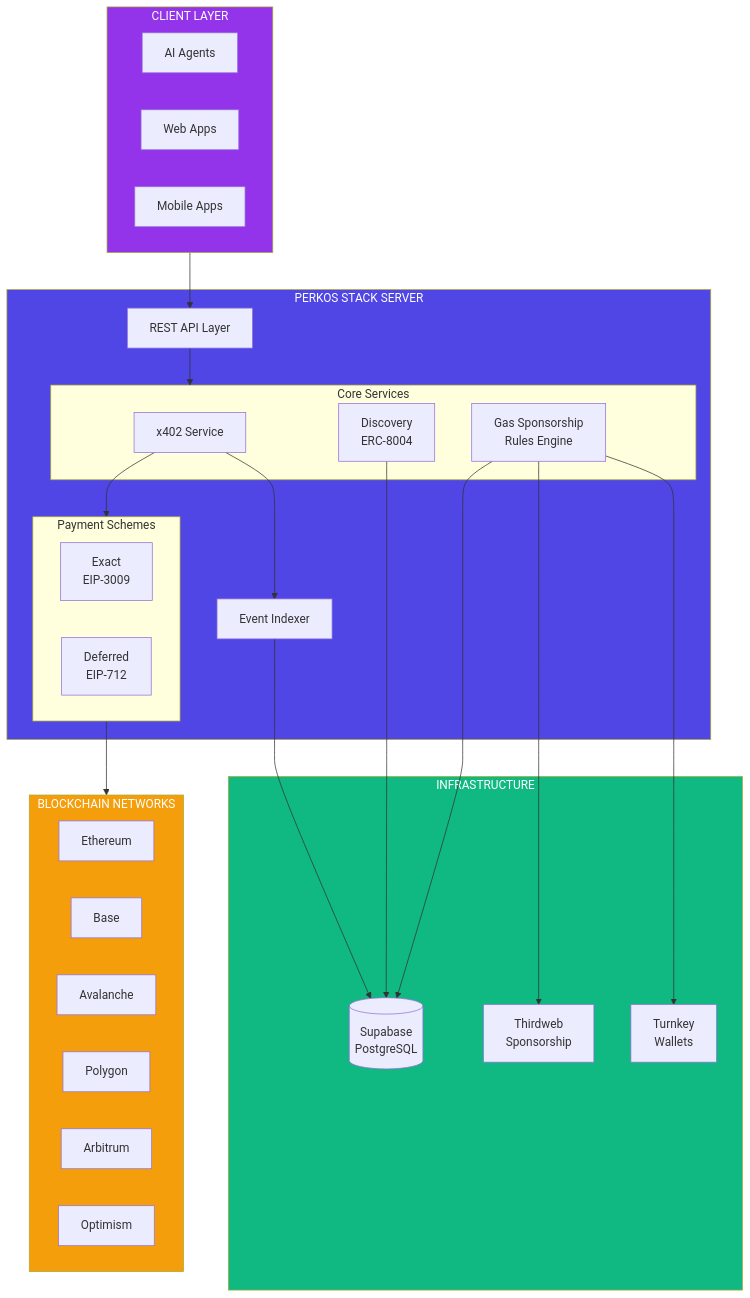
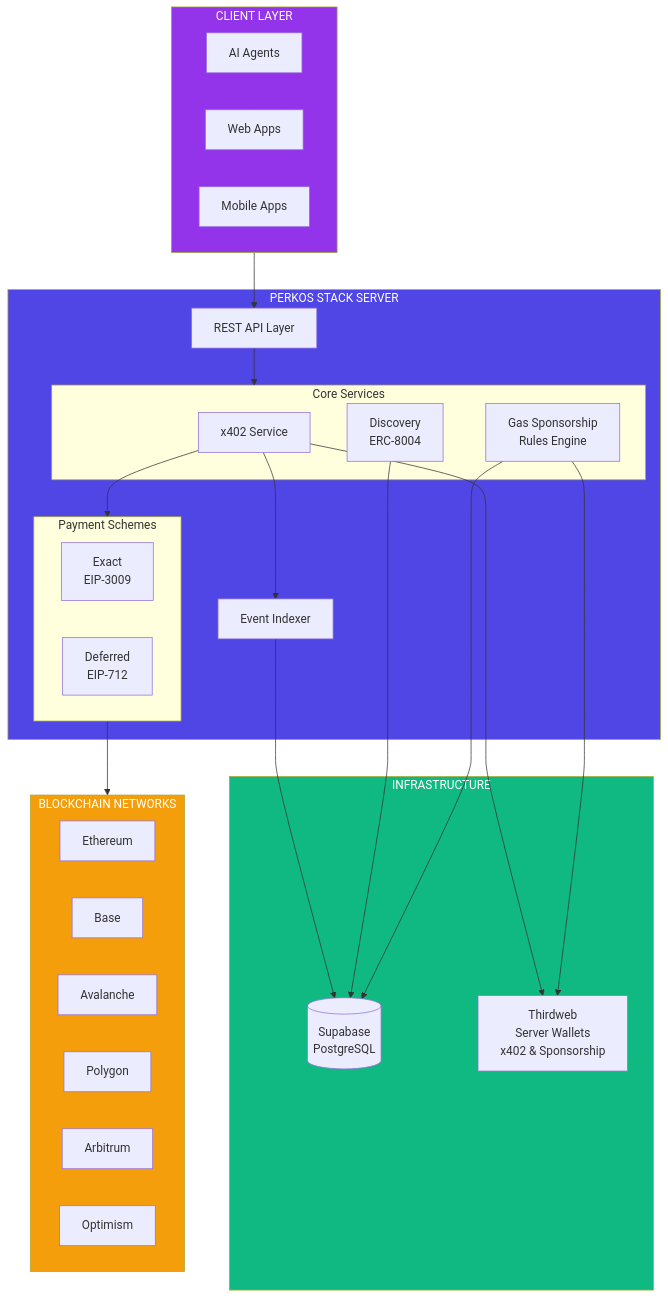
Before and after one commit to PerkOS-xyz/Stack: the eighth of 10 diagrams in README.md, drawn with Mermaid. The commit also changed other lines of this file, not shown here.

````diff
--- a/README.md
+++ b/README.md
@@ -605,56 +629,55 @@
 ```mermaid
 flowchart TB
     subgraph Clients["CLIENT LAYER"]
         AI["AI Agents"]
         Web["Web Apps"]
         Mobile["Mobile Apps"]
     end
 
     subgraph Stack["PERKOS STACK SERVER"]
         API["REST API Layer"]
 
         subgraph Services["Core Services"]
             X402["x402 Service"]
             Discovery["Discovery<br/>ERC-8004"]
             Sponsor["Gas Sponsorship<br/>Rules Engine"]
         end
 
         subgraph Schemes["Payment Schemes"]
             Exact["Exact<br/>EIP-3009"]
             Deferred["Deferred<br/>EIP-712"]
         end
 
         Indexer["Event Indexer"]
     end
 
     subgraph Infra["INFRASTRUCTURE"]
         DB[("Supabase<br/>PostgreSQL")]
-        TW["Thirdweb<br/>Sponsorship"]
-        TK["Turnkey<br/>Wallets"]
+        TW["Thirdweb<br/>Server Wallets<br/>x402 & Sponsorship"]
     end
 
     subgraph Chains["BLOCKCHAIN NETWORKS"]
         ETH["Ethereum"]
         BASE["Base"]
         AVAX["Avalanche"]
         POLY["Polygon"]
         ARB["Arbitrum"]
         OP["Optimism"]
     end
 
     Clients --> API
     API --> Services
     X402 --> Schemes
     Schemes --> Chains
     X402 --> Indexer
+    X402 --> TW
     Indexer --> DB
     Discovery --> DB
     Sponsor --> DB
     Sponsor --> TW
-    Sponsor --> TK
 
     style Stack fill:#4F46E5,color:#fff
     style Infra fill:#10B981,color:#fff
     style Chains fill:#F59E0B,color:#fff
     style Clients fill:#9333EA,color:#fff
 ```
````
